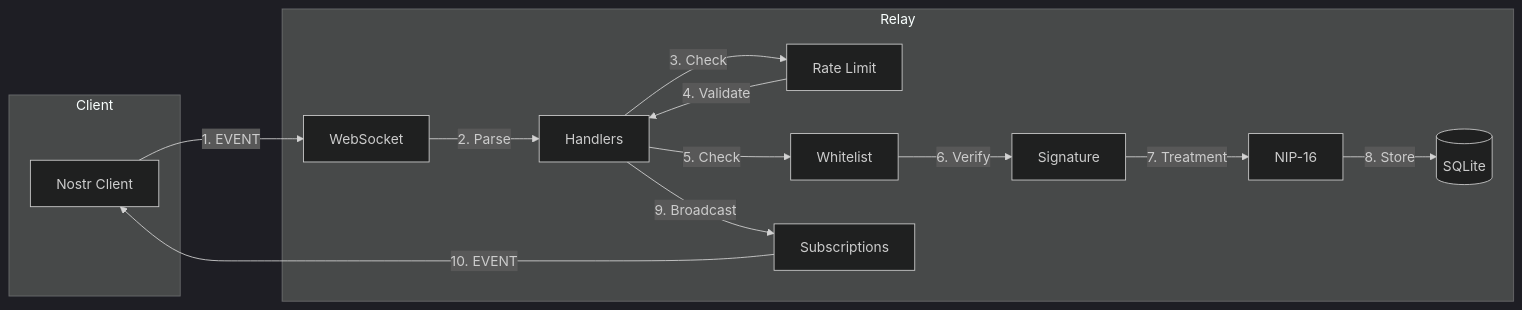
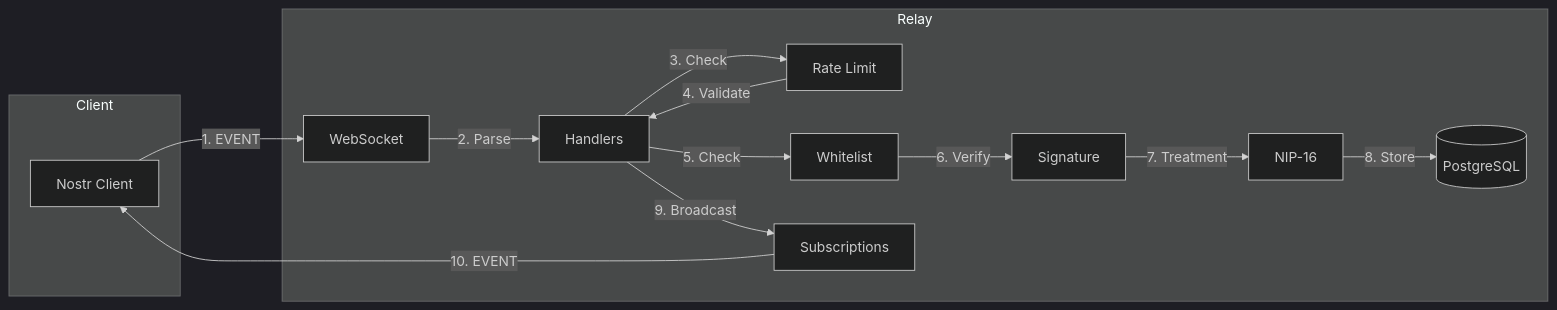
One commit to DreamLab-AI/fairfield changed the eighth of 11 diagrams in services/nostr-relay/docs/ARCHITECTURE.md. Above: the diagram before and after it, drawn with Mermaid (dark theme). The commit also changed other lines of this file and 39 other files, not shown here.

````diff
--- a/services/nostr-relay/docs/ARCHITECTURE.md
+++ b/services/nostr-relay/docs/ARCHITECTURE.md
@@ -224,28 +224,28 @@
 ```mermaid
 flowchart LR
     subgraph Client
         C[Nostr Client]
     end
 
     subgraph Relay
         WS[WebSocket]
         H[Handlers]
         RL[Rate Limit]
         WL[Whitelist]
         SIG[Signature]
         N16[NIP-16]
-        DB[(SQLite)]
+        DB[(PostgreSQL)]
         SUBS[Subscriptions]
     end
 
     C -->|1. EVENT| WS
     WS -->|2. Parse| H
     H -->|3. Check| RL
     RL -->|4. Validate| H
     H -->|5. Check| WL
     WL -->|6. Verify| SIG
     SIG -->|7. Treatment| N16
     N16 -->|8. Store| DB
     H -->|9. Broadcast| SUBS
     SUBS -->|10. EVENT| C
 ```
````
